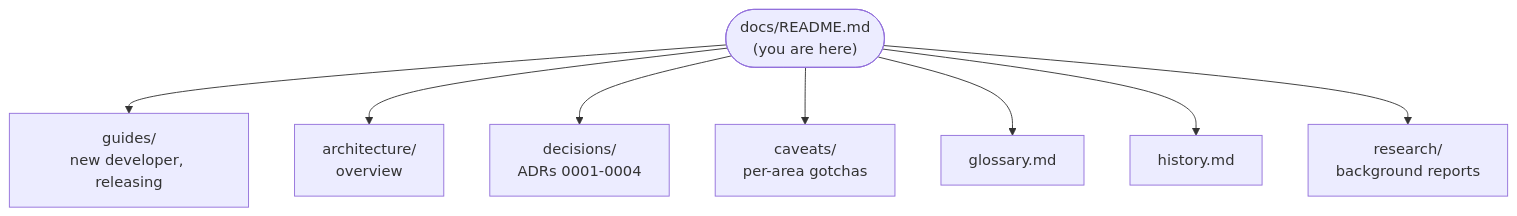
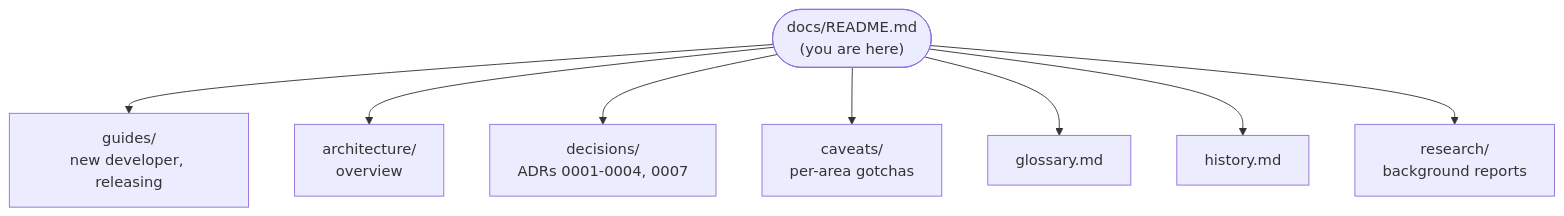
Before and after one commit to joebarbere/controls: the diagram in docs/README.md, drawn with Mermaid. The commit also changed other lines of this file and 48 other files, not shown here.

First line of the commit message:
feat(save-format): world document v1 schemas and migrations (F1.8a) (#3)

````diff
--- a/docs/README.md
+++ b/docs/README.md
@@ -5,11 +5,11 @@
 ```mermaid
 flowchart TD
     HUB(["docs/README.md<br/>(you are here)"])
     HUB --> G["guides/<br/>new developer, releasing"]
     HUB --> A["architecture/<br/>overview"]
-    HUB --> D["decisions/<br/>ADRs 0001-0004"]
+    HUB --> D["decisions/<br/>ADRs 0001-0004, 0007"]
     HUB --> C["caveats/<br/>per-area gotchas"]
     HUB --> GL["glossary.md"]
     HUB --> H["history.md"]
     HUB --> R["research/<br/>background reports"]
 ```
````
